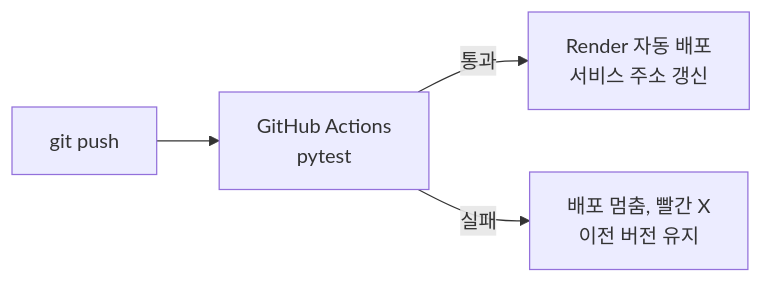
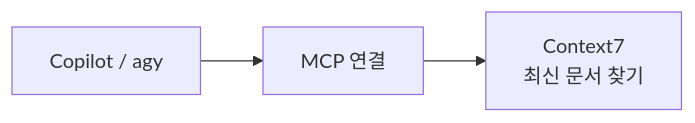
Before and after one commit to YeonjiKim0316/review-thermo-ond: the fourth of 4 diagrams in docs/00-concepts.md, drawn with Mermaid. The commit also changed other lines of this file and 12 other files, not shown here.

````diff
--- a/docs/00-concepts.md
+++ b/docs/00-concepts.md
@@ -349,6 +350,5 @@
 ```mermaid
 flowchart LR
-    A["git push"] --> B["GitHub Actions<br/>pytest"]
-    B -->|통과| C["Render 자동 배포<br/>서비스 주소 갱신"]
-    B -->|실패| D["배포 멈춤, 빨간 X<br/>이전 버전 유지"]
+    A["Copilot / agy"] --> B["MCP 연결"]
+    B --> C["Context7<br/>최신 문서 찾기"]
 ```
````
